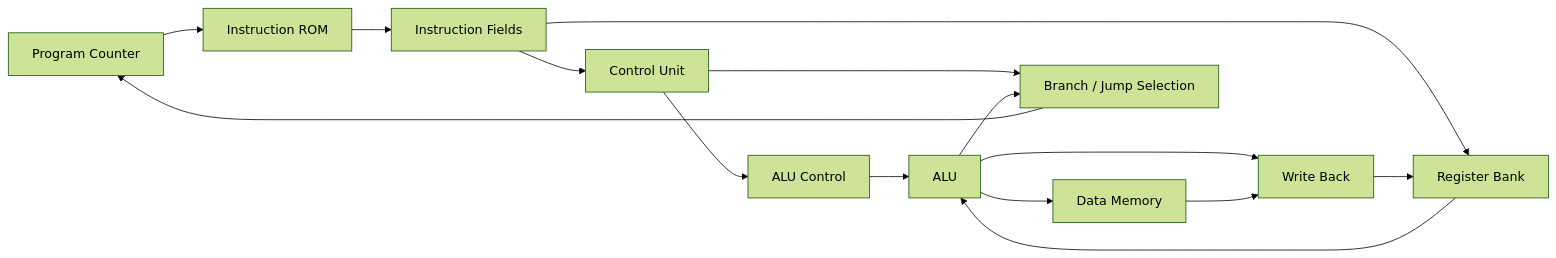
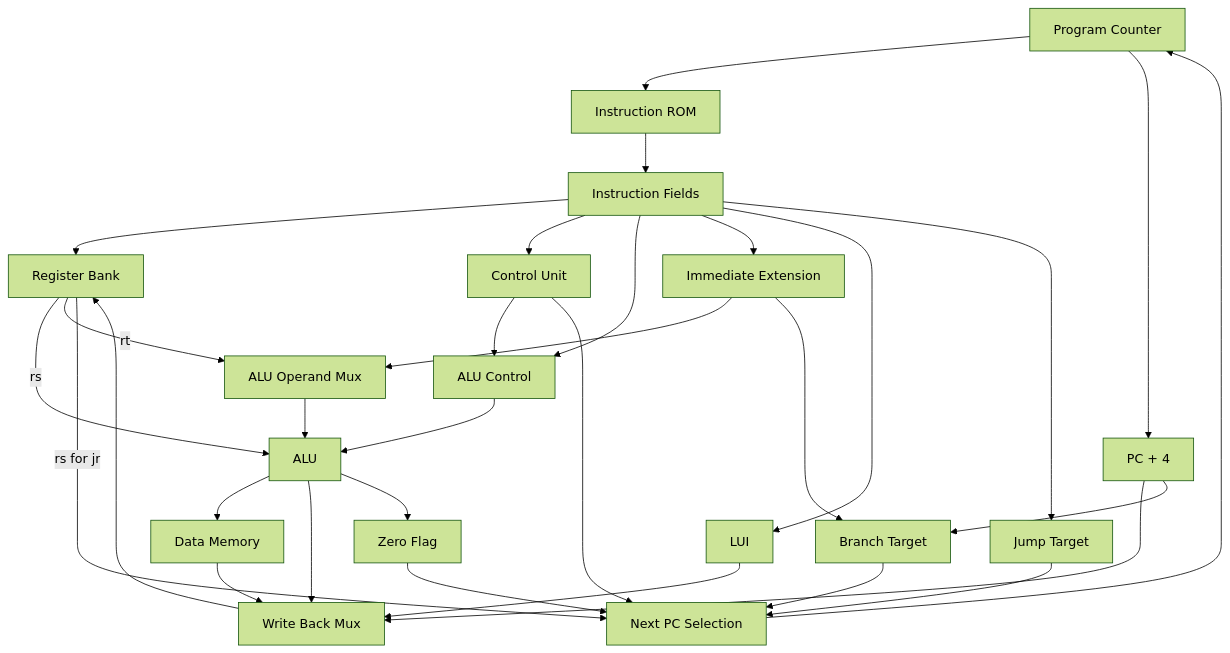
One commit to keiyanishio/MIPS changed the diagram in README.md. Above: the diagram before and after it, drawn with Mermaid (forest theme).

Commit message:
Refine MIPS architecture diagram

````diff
--- a/README.md
+++ b/README.md
@@ -13,21 +13,41 @@
 ```mermaid
-flowchart LR
+flowchart TB
     PC[Program Counter] --> ROM[Instruction ROM]
-    ROM --> IF[Instruction Fields]
+    ROM --> INST[Instruction Fields]
 
-    IF --> CU[Control Unit]
-    IF --> RF[Register Bank]
+    INST --> RF[Register Bank]
+    INST --> CU[Control Unit]
+    INST --> ALUC[ALU Control]
+    CU --> ALUC
 
-    CU --> ALUC[ALU Control]
-    ALUC --> ALU[ALU]
-    RF --> ALU
+    INST --> IMM[Immediate Extension]
+    RF -->|rs| ALU[ALU]
+    RF -->|rt| OPMUX[ALU Operand Mux]
+    IMM --> OPMUX
+    OPMUX --> ALU
+    ALUC --> ALU
 
     ALU --> DM[Data Memory]
-    ALU --> WB[Write Back]
-    DM --> WB
-    WB --> RF
+    ALU --> WBMUX[Write Back Mux]
+    DM --> WBMUX
 
-    CU --> NPC[Branch / Jump Selection]
-    ALU --> NPC
+    PC --> PC4[PC + 4]
+    PC4 --> WBMUX
+    INST --> LUI[LUI]
+    LUI --> WBMUX
+    WBMUX --> RF
+
+    ALU --> ZERO[Zero Flag]
+    ZERO --> NPC[Next PC Selection]
+
+    PC4 --> BRANCH[Branch Target]
+    IMM --> BRANCH
+    BRANCH --> NPC
+
+    INST --> JUMP[Jump Target]
+    JUMP --> NPC
+
+    RF -->|rs for jr| NPC
+    CU --> NPC
     NPC --> PC
 ```
````
